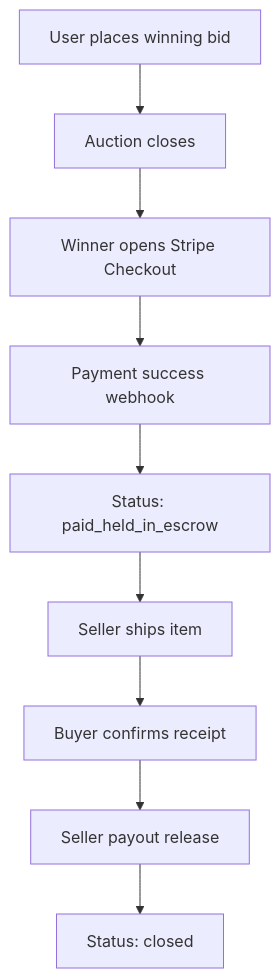
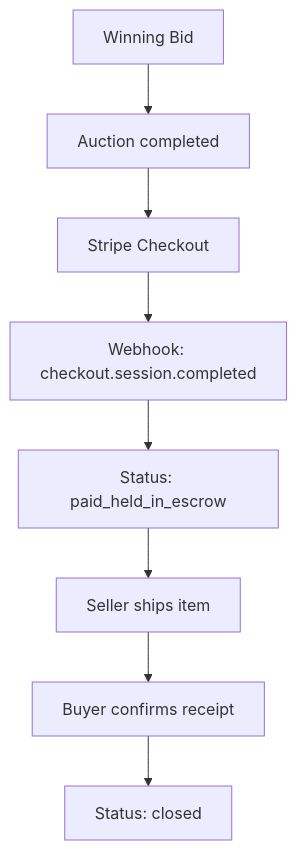
Before and after one commit to smri29/BidPulse: the second of 2 diagrams in README.md, drawn with Mermaid. The commit also changed other lines of this file and 3 other files, not shown here.

````diff
--- a/README.md
+++ b/README.md
@@ -131,11 +263,10 @@
 ```mermaid
 flowchart TD
-  A[User places winning bid] --> B[Auction closes]
-  B --> C[Winner opens Stripe Checkout]
-  C --> D[Payment success webhook]
+  A[Winning Bid] --> B[Auction completed]
+  B --> C[Stripe Checkout]
+  C --> D[Webhook: checkout.session.completed]
   D --> E[Status: paid_held_in_escrow]
   E --> F[Seller ships item]
   F --> G[Buyer confirms receipt]
-  G --> H[Seller payout release]
-  H --> I[Status: closed]
+  G --> H[Status: closed]
 ```
````
